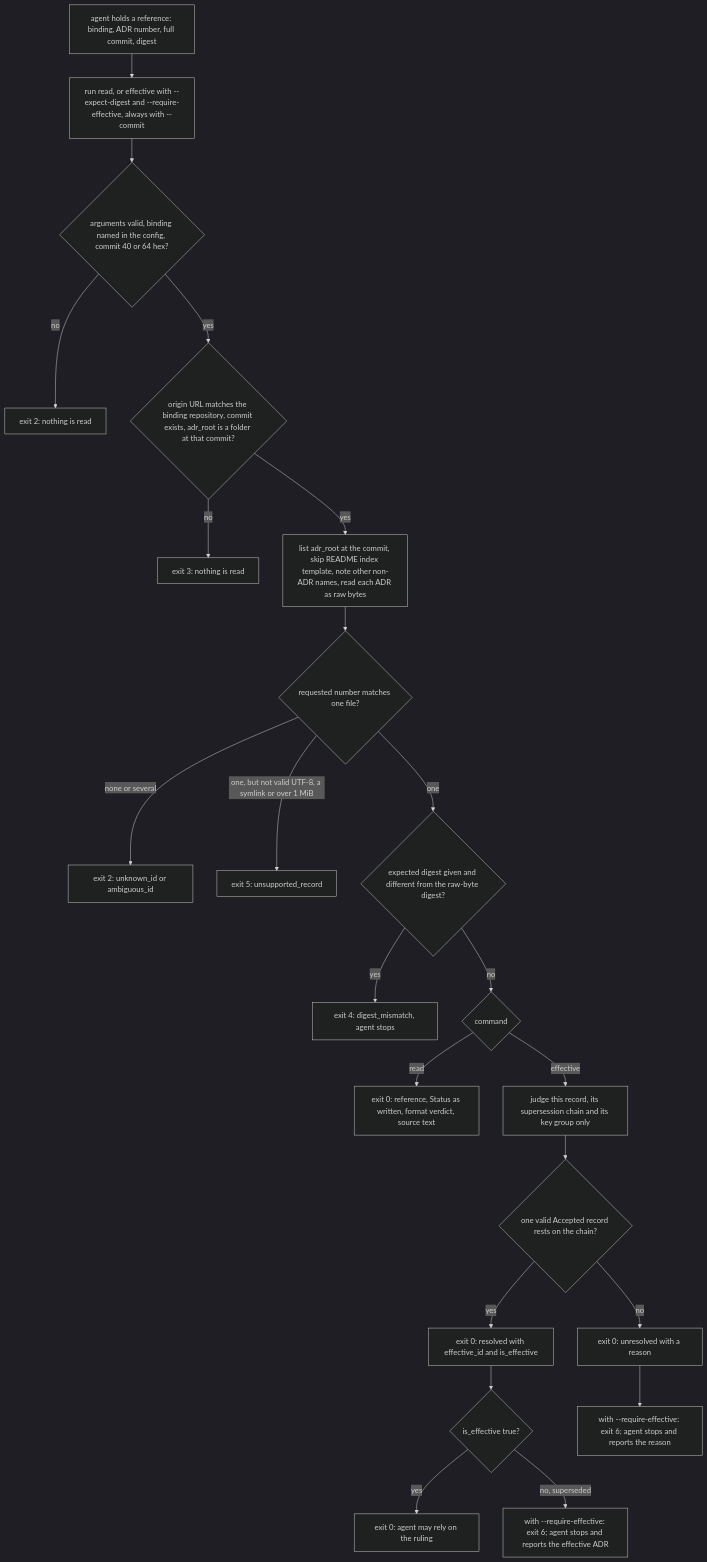
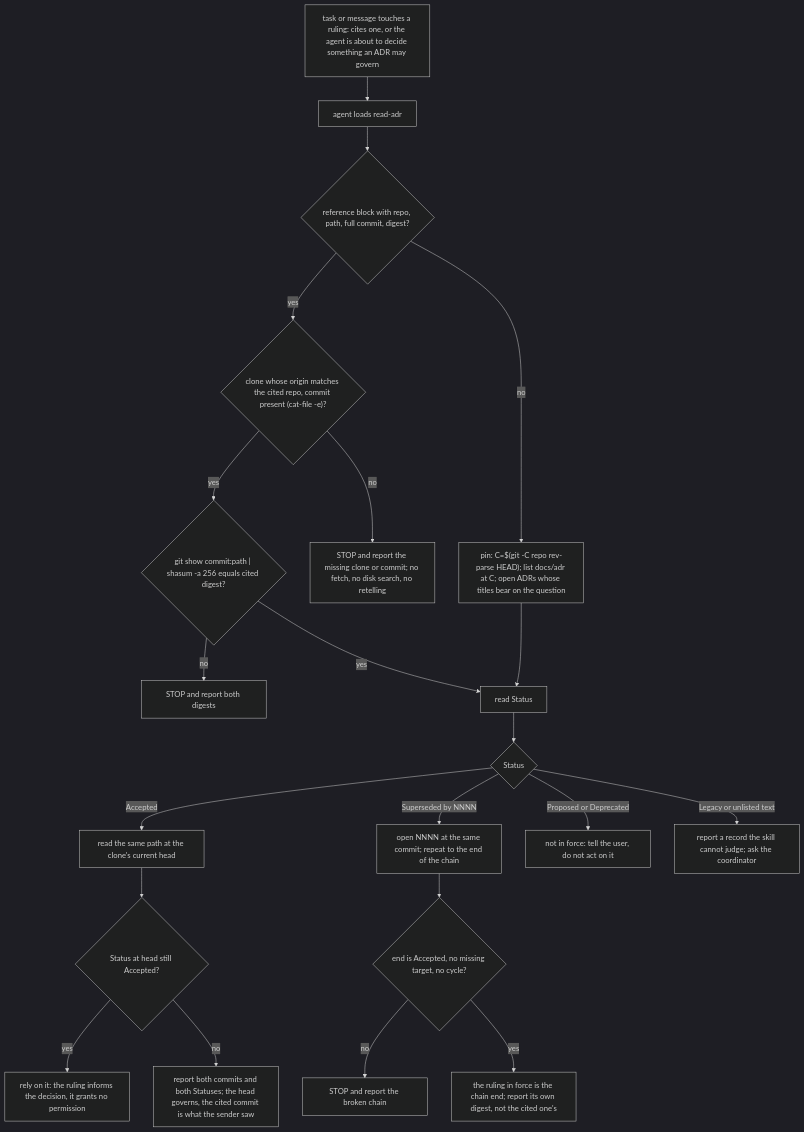
The first of 2 diagrams in kc-decision-log-cli.md (iamcxa/kc-claude-plugins), drawn with Mermaid (dark theme) before and after one commit. The commit also changed other lines of this file, not shown here.

Commit message:
ideation: redo kc-decision-log-cli as the kc-adr read-adr skill design (cycle 2)

````diff
--- a/kc-decision-log-cli.md
+++ b/kc-decision-log-cli.md
@@ -95,24 +99,23 @@
 ```mermaid
 flowchart TD
-  A[agent holds a reference: binding, ADR number, full commit, digest] --> B["run read, or effective with --expect-digest and --require-effective, always with --commit"]
-  B --> C{arguments valid, binding named in the config, commit 40 or 64 hex?}
-  C -->|no| X2[exit 2: nothing is read]
-  C -->|yes| D{origin URL matches the binding repository, commit exists, adr_root is a folder at that commit?}
-  D -->|no| X3[exit 3: nothing is read]
-  D -->|yes| E[list adr_root at the commit, skip README index template, note other non-ADR names, read each ADR as raw bytes]
-  E --> F{requested number matches one file?}
-  F -->|none or several| X2b[exit 2: unknown_id or ambiguous_id]
-  F -->|one, but not valid UTF-8, a symlink or over 1 MiB| X5[exit 5: unsupported_record]
-  F -->|one| G{expected digest given and different from the raw-byte digest?}
-  G -->|yes| X4[exit 4: digest_mismatch, agent stops]
-  G -->|no| H{command}
-  H -->|read| R[exit 0: reference, Status as written, format verdict, source text]
-  H -->|effective| I[judge this record, its supersession chain and its key group only]
-  I --> J{one valid Accepted record rests on the chain?}
-  J -->|yes| K[exit 0: resolved with effective_id and is_effective]
-  J -->|no| L[exit 0: unresolved with a reason]
-  K --> M{is_effective true?}
-  M -->|yes| P[exit 0: agent may rely on the ruling]
-  M -->|no, superseded| S["with --require-effective: exit 6; agent stops and reports the effective ADR"]
-  L --> S2["with --require-effective: exit 6; agent stops and reports the reason"]
+  A[task or message touches a ruling: cites one, or the agent is about to decide something an ADR may govern] --> B[agent loads read-adr]
+  B --> C{reference block with repo, path, full commit, digest?}
+  C -->|no| D["pin: C=$(git -C repo rev-parse HEAD); list docs/adr at C; open ADRs whose titles bear on the question"]
+  C -->|yes| E{"clone whose origin matches the cited repo, commit present (cat-file -e)?"}
+  E -->|no| X1["STOP and report the missing clone or commit; no fetch, no disk search, no retelling"]
+  E -->|yes| F{"git show commit:path | shasum -a 256 equals cited digest?"}
+  F -->|no| X2["STOP and report both digests"]
+  F -->|yes| G[read Status]
+  D --> G
+  G --> H{Status}
+  H -->|Accepted| I["read the same path at the clone's current head"]
+  H -->|Superseded by NNNN| J["open NNNN at the same commit; repeat to the end of the chain"]
+  H -->|Proposed or Deprecated| X3[not in force: tell the user, do not act on it]
+  H -->|Legacy or unlisted text| X4[report a record the skill cannot judge; ask the coordinator]
+  J --> K{"end is Accepted, no missing target, no cycle?"}
+  K -->|no| X5[STOP and report the broken chain]
+  K -->|yes| L["the ruling in force is the chain end; report its own digest, not the cited one's"]
+  I --> M{"Status at head still Accepted?"}
+  M -->|yes| N[rely on it: the ruling informs the decision, it grants no permission]
+  M -->|no| X6[report both commits and both Statuses; the head governs, the cited commit is what the sender saw]
 ```
````
